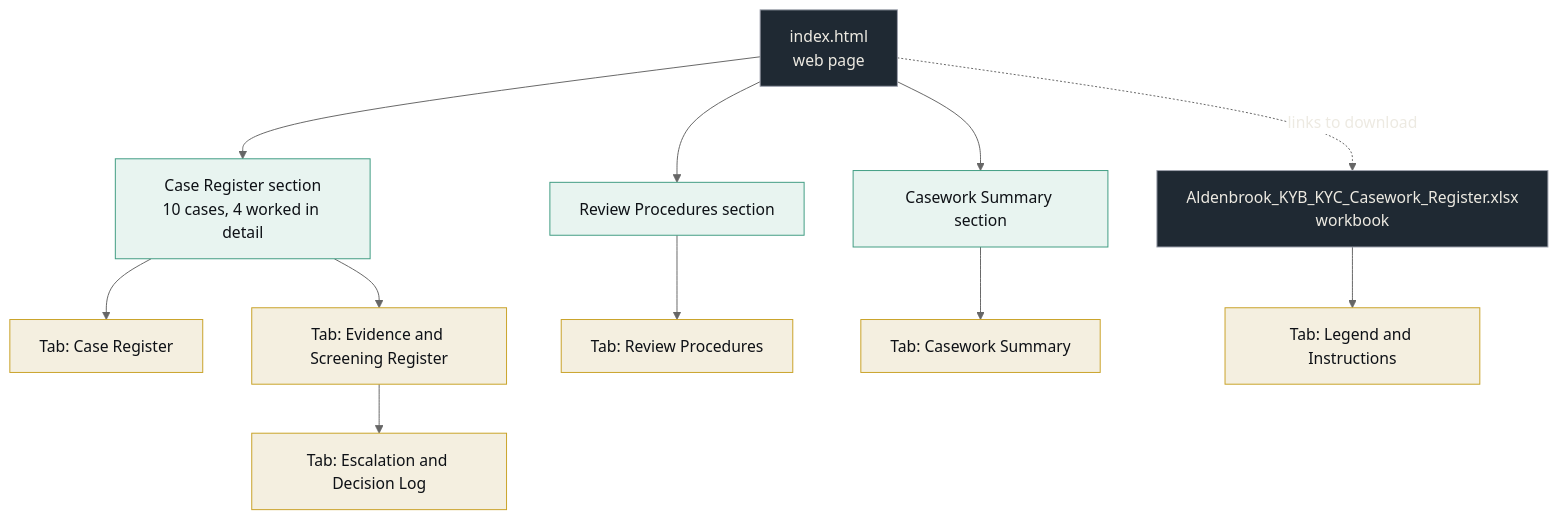
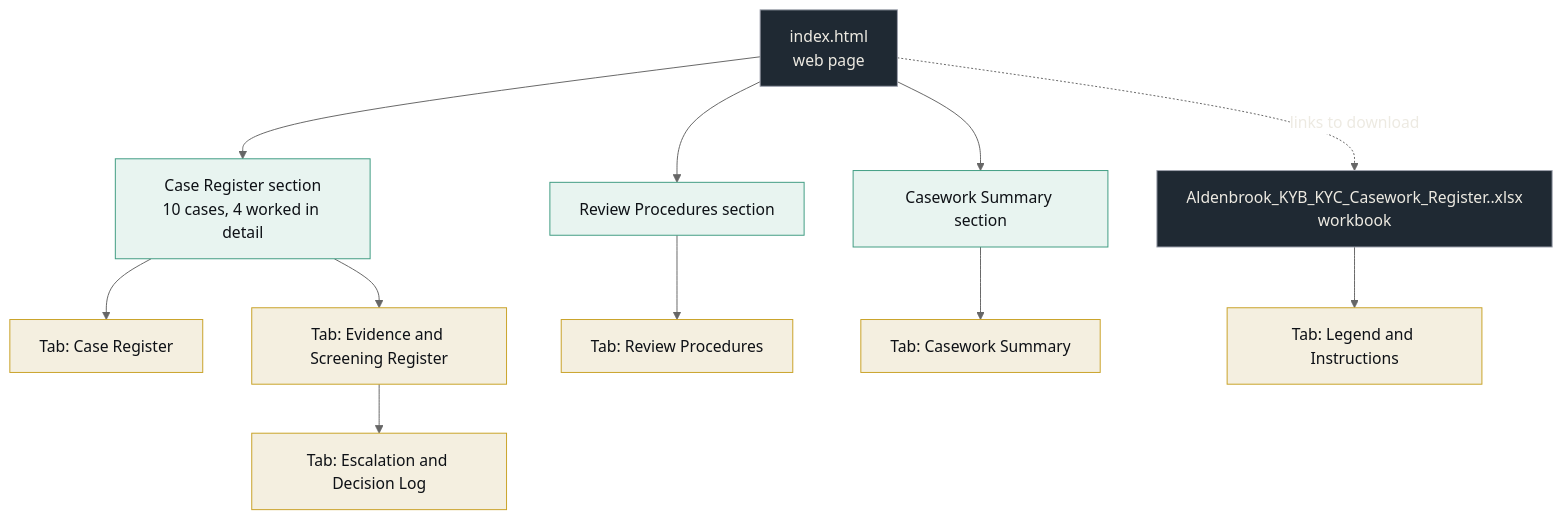
Before and after one commit to TJON-Star/Aldenbrook-Pay-KYB-KYC-Sanctions-Casework-Register: the first of 7 diagrams in README.md, drawn with Mermaid (neutral theme). The commit also changed other lines of this file, not shown here.

Commit message:
Add live HTML preview link to README

````diff
--- a/README.md
+++ b/README.md
@@ -13,25 +15,25 @@
 ```mermaid
 flowchart TB
     WEB["index.html<br/>web page"]
-    XLSX["Aldenbrook_KYB_KYC_Casework_Register.xlsx<br/>workbook"]
+    XLSX["Aldenbrook_KYB_KYC_Casework_Register..xlsx<br/>workbook"]
     WEB -.->|"links to download"| XLSX
 
     WEB --> C["Case Register section<br/>10 cases, 4 worked in detail"]
     WEB --> P["Review Procedures section"]
     WEB --> S["Casework Summary section"]
 
     C --> T1["Tab: Case Register"]
     C --> T2["Tab: Evidence and Screening Register"]
     P --> T3["Tab: Review Procedures"]
     S --> T6["Tab: Casework Summary"]
     T2 --> T4["Tab: Escalation and Decision Log"]
 
     XLSX --> T5["Tab: Legend and Instructions"]
 
     classDef root fill:#1f2933,stroke:#9CA0AC,color:#EDEAE2;
     classDef web fill:#e8f4f0,stroke:#3F9C82,color:#0E1116;
     classDef sheet fill:#f4efe0,stroke:#C9A227,color:#0E1116;
     class WEB,XLSX root;
     class C,P,S web;
     class T1,T2,T3,T4,T5,T6 sheet;
 ```
````
